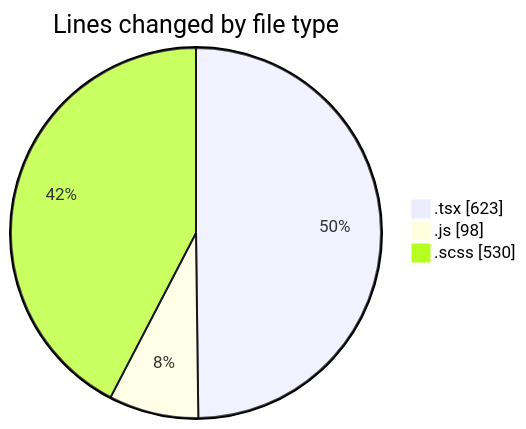
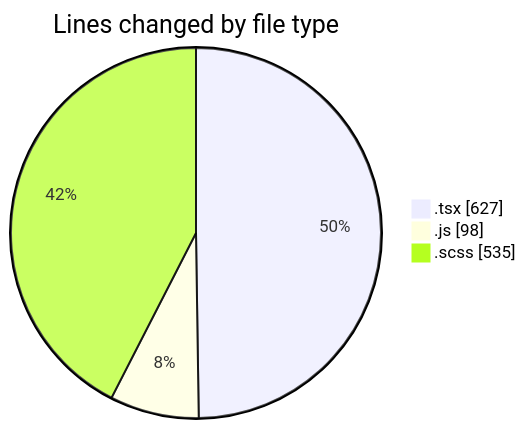
Before and after one commit to momahboobian/code-tracking: the first of 2 diagrams in 2025-03-31/cda/README.md, drawn with Mermaid. The commit also changed other lines of this file and 1 other file, not shown here.

````diff
--- a/2025-03-31/cda/README.md
+++ b/2025-03-31/cda/README.md
@@ -28,7 +28,7 @@
 ```mermaid
 pie showData
 title Lines changed by file type
-".tsx" : 623
+".tsx" : 627
 ".js" : 98
-".scss" : 530
+".scss" : 535
 ```
````
